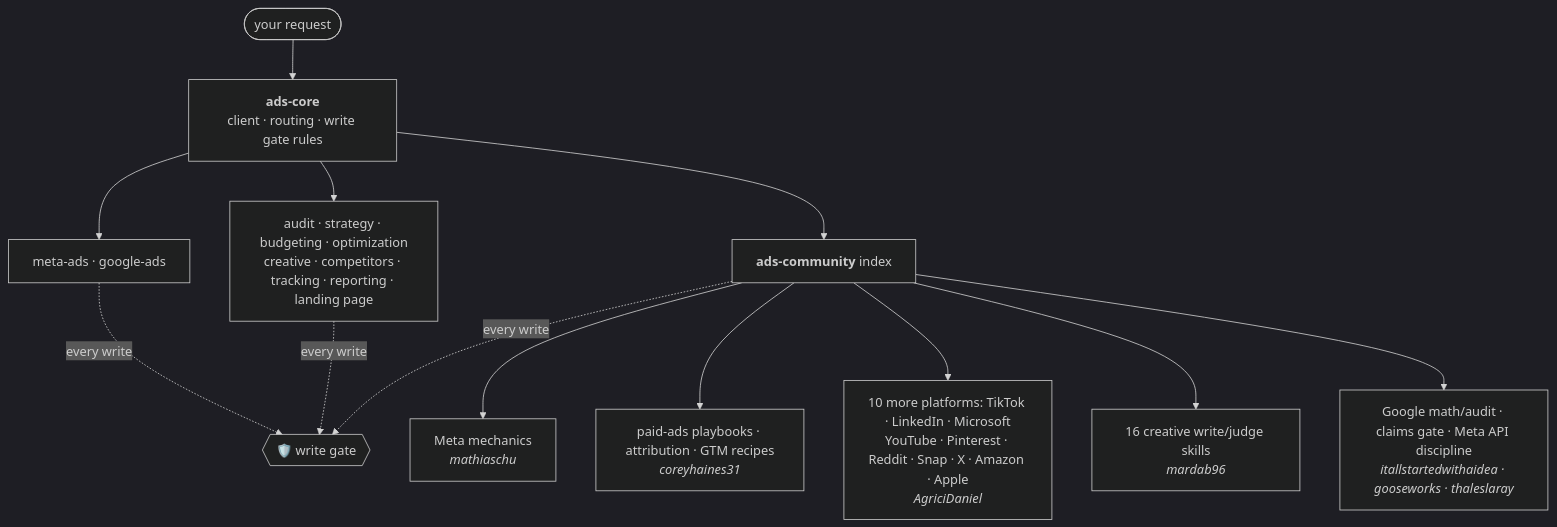
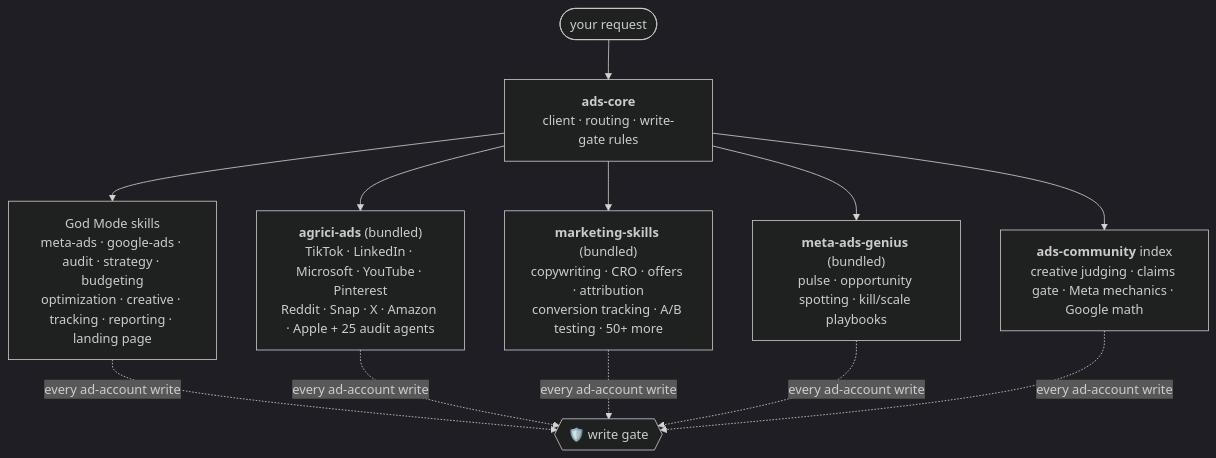
Before and after one commit to F0rger123/claude-meta-ads-god-mode: the second of 3 diagrams in README.md, drawn with Mermaid (dark theme). The commit also changed other lines of this file and 489 other files, not shown here.

````diff
--- a/README.md
+++ b/README.md
@@ -191,13 +192,10 @@
 ```mermaid
 flowchart TB
-    U([your request]) --> CORE["<b>ads-core</b><br/>client · routing · write gate rules"]
-    CORE --> PLAT["meta-ads · google-ads"]
-    CORE --> TASK["audit · strategy · budgeting · optimization<br/>creative · competitors · tracking · reporting · landing page"]
-    CORE --> COMM["<b>ads-community</b> index"]
-    COMM --> V1["Meta mechanics<br/><i>mathiaschu</i>"]
-    COMM --> V2["paid-ads playbooks · attribution · GTM recipes<br/><i>coreyhaines31</i>"]
-    COMM --> V3["10 more platforms: TikTok · LinkedIn · Microsoft<br/>YouTube · Pinterest · Reddit · Snap · X · Amazon · Apple<br/><i>AgriciDaniel</i>"]
-    COMM --> V4["16 creative write/judge skills<br/><i>mardab96</i>"]
-    COMM --> V5["Google math/audit · claims gate · Meta API discipline<br/><i>itallstartedwithaidea · gooseworks · thaleslaray</i>"]
-    PLAT & TASK & COMM -.every write.-> GATE{{"🛡️ write gate"}}
+    U([your request]) --> CORE["<b>ads-core</b><br/>client · routing · write-gate rules"]
+    CORE --> OWN["God Mode skills<br/>meta-ads · google-ads · audit · strategy · budgeting<br/>optimization · creative · tracking · reporting · landing page"]
+    CORE --> C1["<b>agrici-ads</b> (bundled)<br/>TikTok · LinkedIn · Microsoft · YouTube · Pinterest<br/>Reddit · Snap · X · Amazon · Apple + 25 audit agents"]
+    CORE --> C2["<b>marketing-skills</b> (bundled)<br/>copywriting · CRO · offers · attribution<br/>conversion tracking · A/B testing · 50+ more"]
+    CORE --> C3["<b>meta-ads-genius</b> (bundled)<br/>pulse · opportunity spotting · kill/scale playbooks"]
+    CORE --> C4["<b>ads-community</b> index<br/>creative judging · claims gate · Meta mechanics · Google math"]
+    OWN & C1 & C2 & C3 & C4 -.every ad-account write.-> GATE{{"🛡️ write gate"}}
 ```
````
